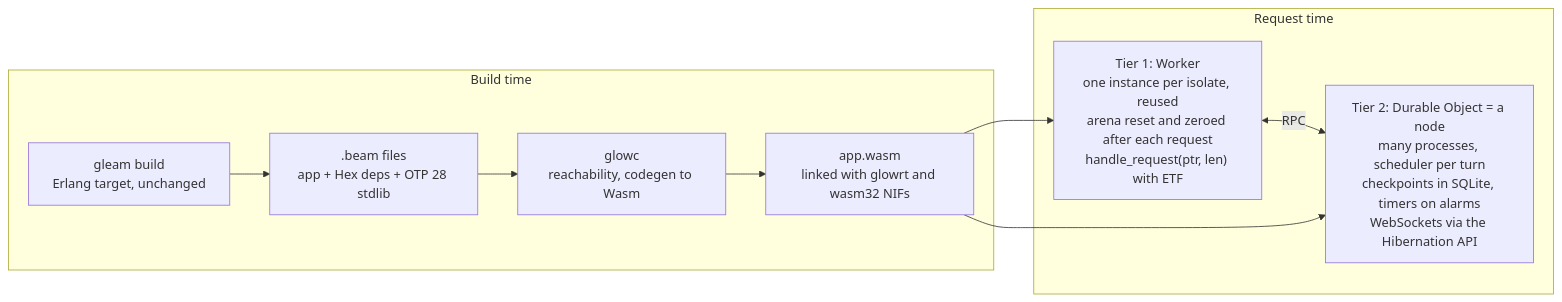
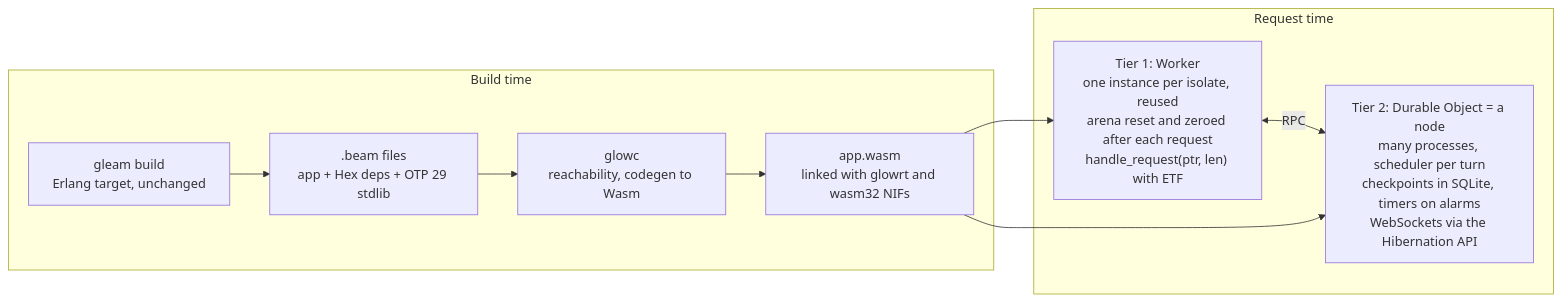
Before and after one commit to withgiolt/afterglow: the diagram in SPIKE.md, drawn with Mermaid. The commit also changed other lines of this file and 1 other file, not shown here.

Commit message:
Record decisions: OTP 29, deploy to the default account, repo stays local

````diff
--- a/SPIKE.md
+++ b/SPIKE.md
@@ -47,15 +47,15 @@
 ```mermaid
 flowchart LR
   subgraph build["Build time"]
-    A["gleam build<br/>Erlang target, unchanged"] --> B[".beam files<br/>app + Hex deps + OTP 28 stdlib"]
+    A["gleam build<br/>Erlang target, unchanged"] --> B[".beam files<br/>app + Hex deps + OTP 29 stdlib"]
     B --> C["glowc<br/>reachability, codegen to Wasm"]
     C --> D["app.wasm<br/>linked with glowrt and wasm32 NIFs"]
   end
   subgraph run["Request time"]
     T1["Tier 1: Worker<br/>one instance per isolate, reused<br/>arena reset and zeroed after each request<br/>handle_request(ptr, len) with ETF"]
     T2["Tier 2: Durable Object = a node<br/>many processes, scheduler per turn<br/>checkpoints in SQLite, timers on alarms<br/>WebSockets via the Hibernation API"]
     T1 <-- RPC --> T2
   end
   D --> T1
   D --> T2
 ```
````
